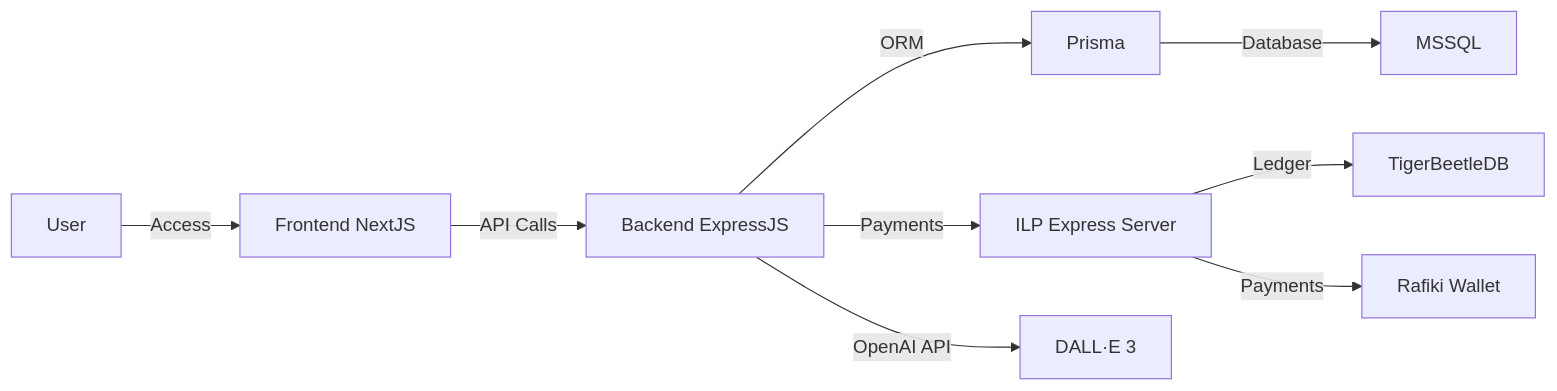
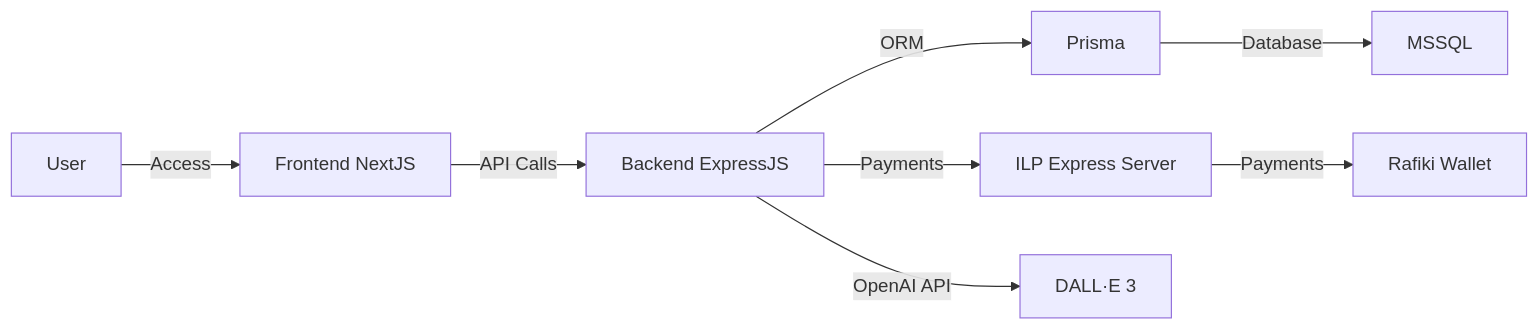
One commit to adgsenpai/FundSecure changed the first of 2 diagrams in README.md. Above: the diagram before and after it, drawn with Mermaid. The commit also changed other lines of this file, not shown here.

````diff
--- a/README.md
+++ b/README.md
@@ -42,11 +41,10 @@
 ```mermaid
 graph LR
     A[User] -- Access --> B[Frontend NextJS]
     B -- API Calls --> C[Backend ExpressJS]
     C -- ORM --> D[Prisma]
     D -- Database --> E[MSSQL]
-    C -- Payments --> F[ILP Express Server]
-    F -- Ledger --> G[TigerBeetleDB]
+    C -- Payments --> F[ILP Express Server]    
     F -- Payments --> H[Rafiki Wallet]
     C -- OpenAI API --> I[DALL·E 3]
 ```
````
